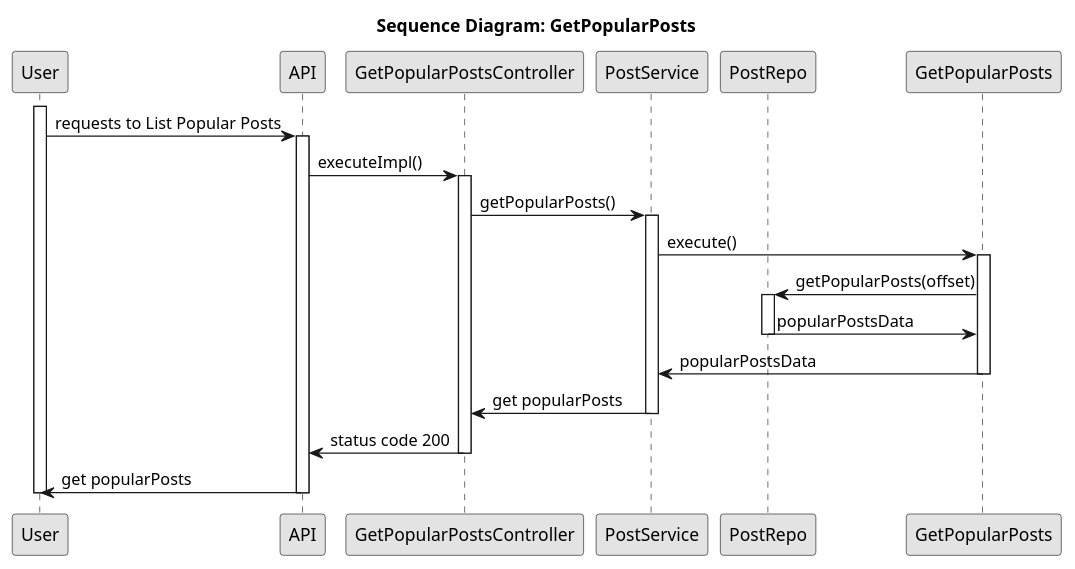
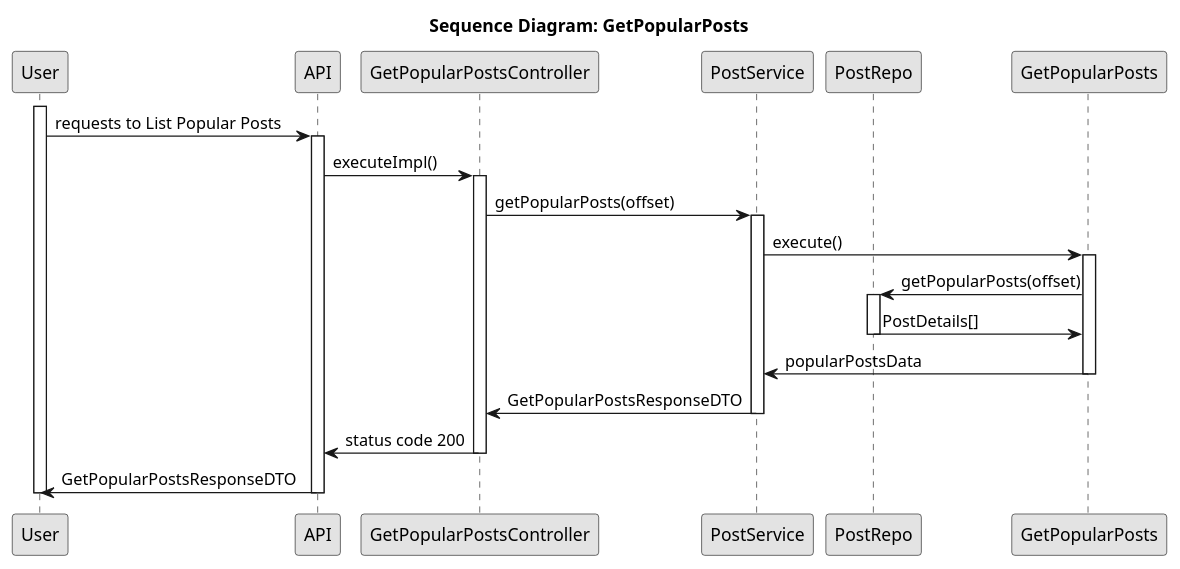
The diagram in docs/project/ListPopularPost/SD.puml (GuilhermeCunha1/ddd-forum-odsoft), drawn with PlantUML before and after one commit.

Commit message:
SD Updated

```diff
--- a/docs/project/ListPopularPost/SD.puml
+++ b/docs/project/ListPopularPost/SD.puml
@@ -1,45 +1,45 @@
 @startuml
 
 skinparam Monochrome true
 skinparam PackageStyle rectangle
 skinparam Shadowing false
 
 title Sequence Diagram: GetPopularPosts
 
 participant "User" as User
 participant "API" as API
 participant "GetPopularPostsController" as Controller
 participant "PostService" as Service
 participant "PostRepo" as Repo
 participant "GetPopularPosts" as GetPopularPosts
 
 activate User
 User -> API: requests to List Popular Posts
 activate API
 API -> Controller: executeImpl()
 activate Controller
-Controller -> Service: getPopularPosts()
+Controller -> Service: getPopularPosts(offset)
 activate Service
 Service -> GetPopularPosts: execute()
 activate GetPopularPosts
 
 GetPopularPosts -> Repo: getPopularPosts(offset)
 activate Repo
-Repo -> GetPopularPosts: popularPostsData
+Repo -> GetPopularPosts: PostDetails[]
 deactivate Repo
 
 GetPopularPosts -> Service: popularPostsData
 deactivate GetPopularPosts
 
-Service -> Controller: get popularPosts
+Service -> Controller: GetPopularPostsResponseDTO
 deactivate Service
 
 Controller -> API: status code 200
 deactivate Controller
 
-API -> User: get popularPosts
+API -> User: GetPopularPostsResponseDTO
 deactivate API
 
 deactivate User
 
 @enduml
```
